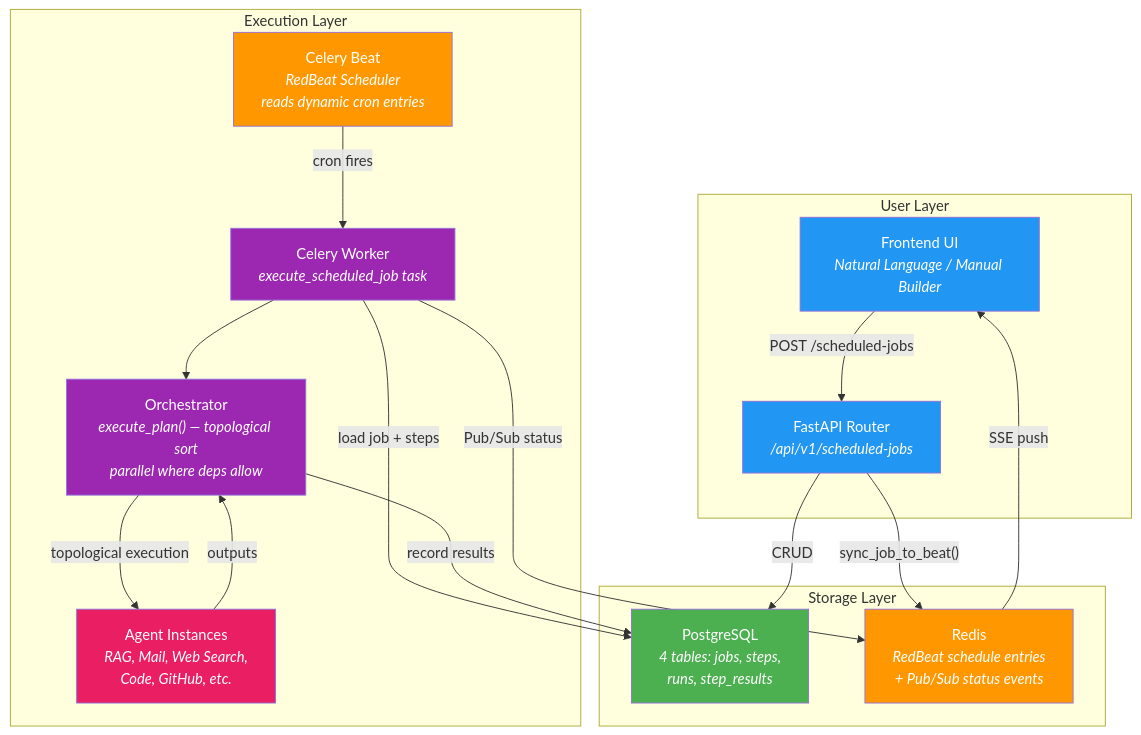
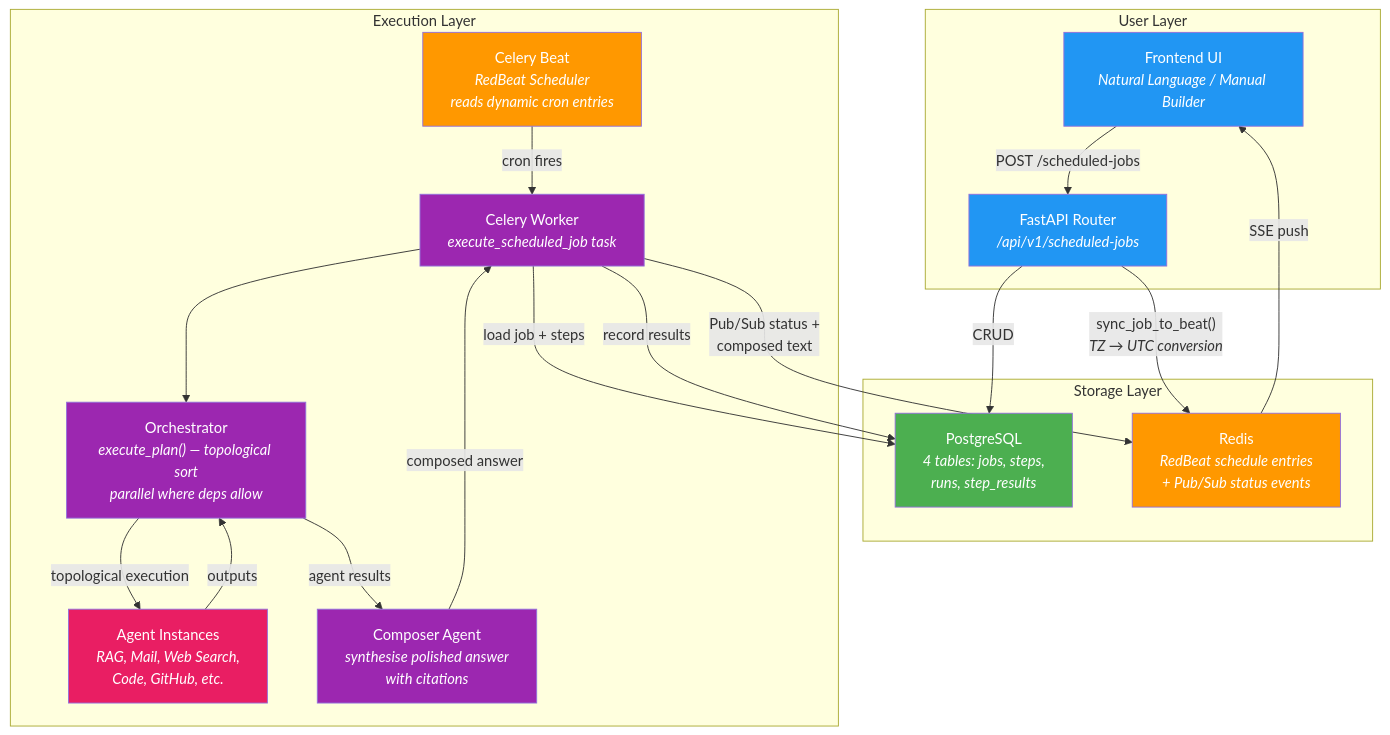
Before and after one commit to vinu0404/TopoSort-RAG: diagram 33 of 38 in README.md, drawn with Mermaid. The commit also changed other lines of this file, not shown here.

Commit message:
readme  fix for job

````diff
--- a/README.md
+++ b/README.md
@@ -3967,41 +3967,45 @@
 ```mermaid
 flowchart TD
     subgraph UserLayer["User Layer"]
         UI["Frontend UI<br/><i>Natural Language / Manual Builder</i>"]
         API["FastAPI Router<br/><i>/api/v1/scheduled-jobs</i>"]
     end
 
     subgraph Storage["Storage Layer"]
         PG["PostgreSQL<br/><i>4 tables: jobs, steps,<br/>runs, step_results</i>"]
         Redis["Redis<br/><i>RedBeat schedule entries<br/>+ Pub/Sub status events</i>"]
     end
 
     subgraph Execution["Execution Layer"]
         Beat["Celery Beat<br/><i>RedBeat Scheduler<br/>reads dynamic cron entries</i>"]
         Worker["Celery Worker<br/><i>execute_scheduled_job task</i>"]
         Orch["Orchestrator<br/><i>execute_plan() — topological sort<br/>parallel where deps allow</i>"]
         Agents["Agent Instances<br/><i>RAG, Mail, Web Search,<br/>Code, GitHub, etc.</i>"]
+        Composer["Composer Agent<br/><i>synthesise polished answer<br/>with citations</i>"]
     end
 
     UI -->|"POST /scheduled-jobs"| API
     API -->|"CRUD"| PG
-    API -->|"sync_job_to_beat()"| Redis
+    API -->|"sync_job_to_beat()<br/><i>TZ → UTC conversion</i>"| Redis
 
     Beat -->|"cron fires"| Worker
     Worker -->|"load job + steps"| PG
     Worker --> Orch
     Orch -->|"topological execution"| Agents
     Agents -->|"outputs"| Orch
-    Orch -->|"record results"| PG
-    Worker -->|"Pub/Sub status"| Redis
+    Orch -->|"agent results"| Composer
+    Composer -->|"composed answer"| Worker
+    Worker -->|"record results"| PG
+    Worker -->|"Pub/Sub status +<br/>composed text"| Redis
     Redis -->|"SSE push"| UI
 
     style UI fill:#2196F3,color:#fff
     style API fill:#2196F3,color:#fff
     style PG fill:#4CAF50,color:#fff
     style Redis fill:#FF9800,color:#fff
     style Beat fill:#FF9800,color:#fff
     style Worker fill:#9C27B0,color:#fff
     style Orch fill:#9C27B0,color:#fff
     style Agents fill:#E91E63,color:#fff
+    style Composer fill:#9C27B0,color:#fff
 ```
````
